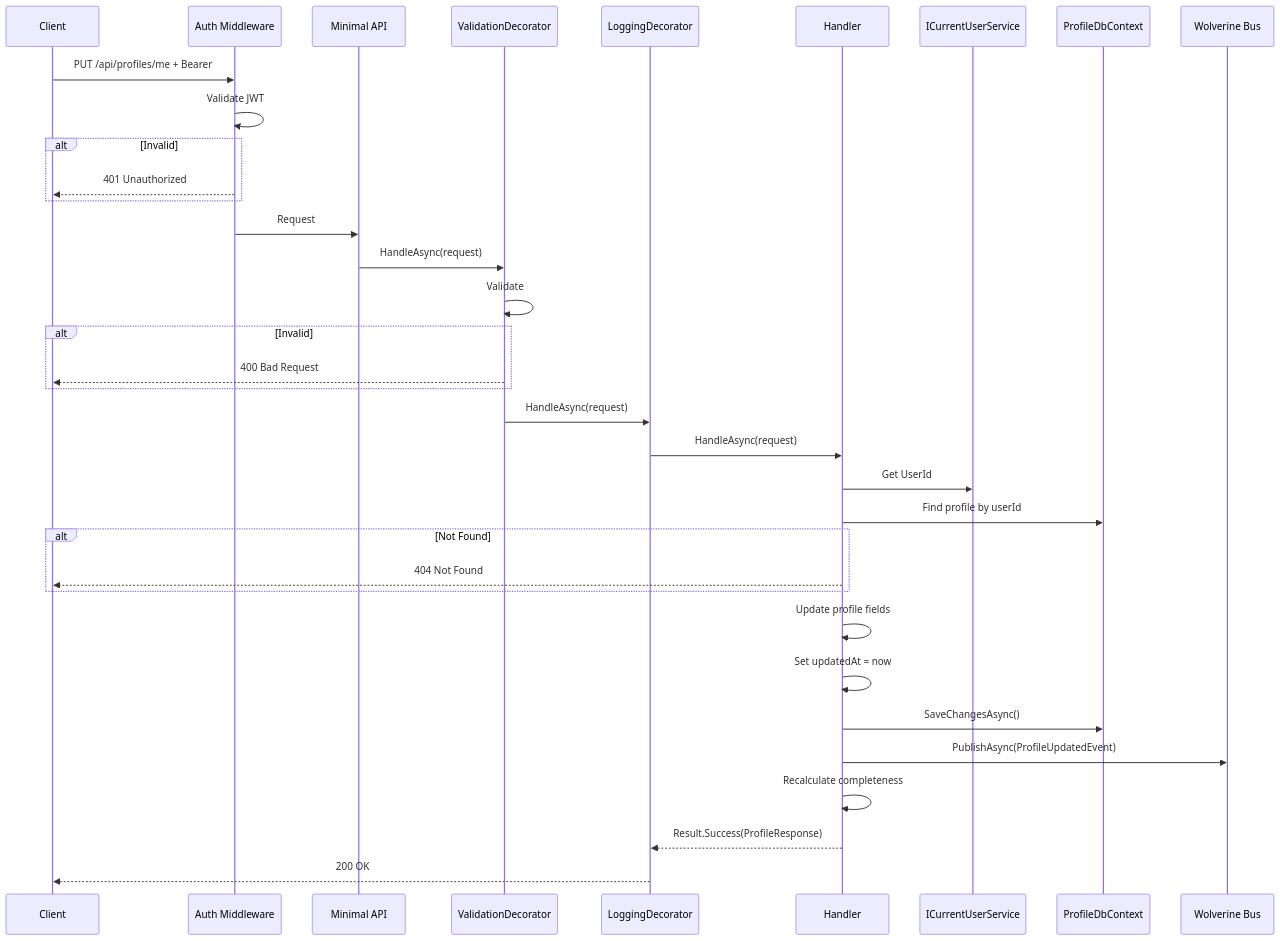
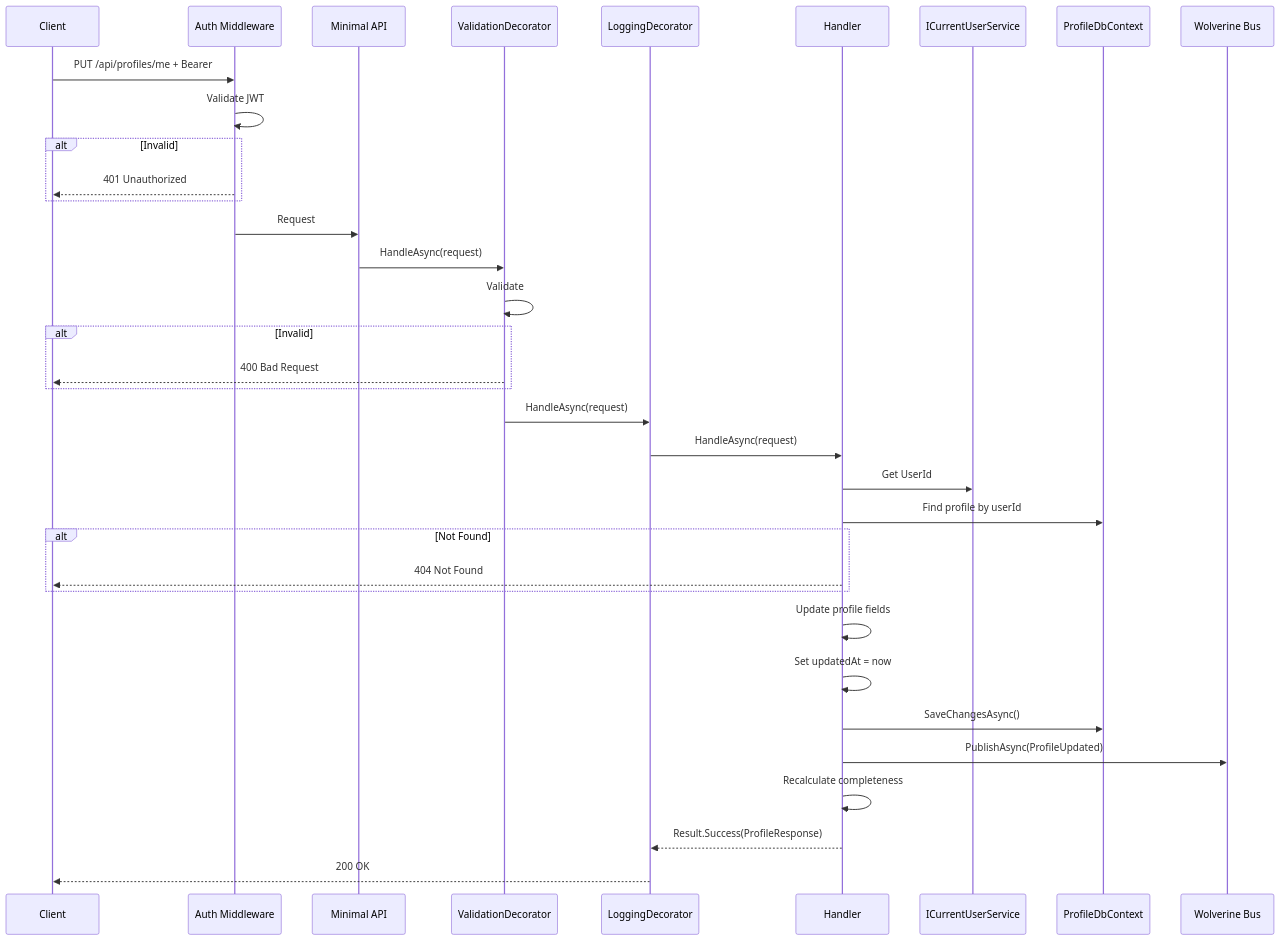
The first of 2 diagrams in docs/features/profile/update-profile.md (AbanoubPhelopos/TailorCV), drawn with Mermaid before and after one commit. The commit also changed other lines of this file and 189 other files, not shown here.

````diff
--- a/docs/features/profile/update-profile.md
+++ b/docs/features/profile/update-profile.md
@@ -122,38 +122,38 @@
 ```mermaid
 sequenceDiagram
     participant C as Client
     participant MW as Auth Middleware
     participant API as Minimal API
     participant V as ValidationDecorator
     participant L as LoggingDecorator
     participant H as Handler
     participant US as ICurrentUserService
     participant DB as ProfileDbContext
     participant W as Wolverine Bus
 
     C->>MW: PUT /api/profiles/me + Bearer
     MW->>MW: Validate JWT
     alt Invalid
         MW-->>C: 401 Unauthorized
     end
     MW->>API: Request
     API->>V: HandleAsync(request)
     V->>V: Validate
     alt Invalid
         V-->>C: 400 Bad Request
     end
     V->>L: HandleAsync(request)
     L->>H: HandleAsync(request)
     H->>US: Get UserId
     H->>DB: Find profile by userId
     alt Not Found
         H-->>C: 404 Not Found
     end
     H->>H: Update profile fields
     H->>H: Set updatedAt = now
     H->>DB: SaveChangesAsync()
-    H->>W: PublishAsync(ProfileUpdatedEvent)
+    H->>W: PublishAsync(ProfileUpdated)
     H->>H: Recalculate completeness
     H-->>L: Result.Success(ProfileResponse)
     L-->>C: 200 OK
 ```
````
